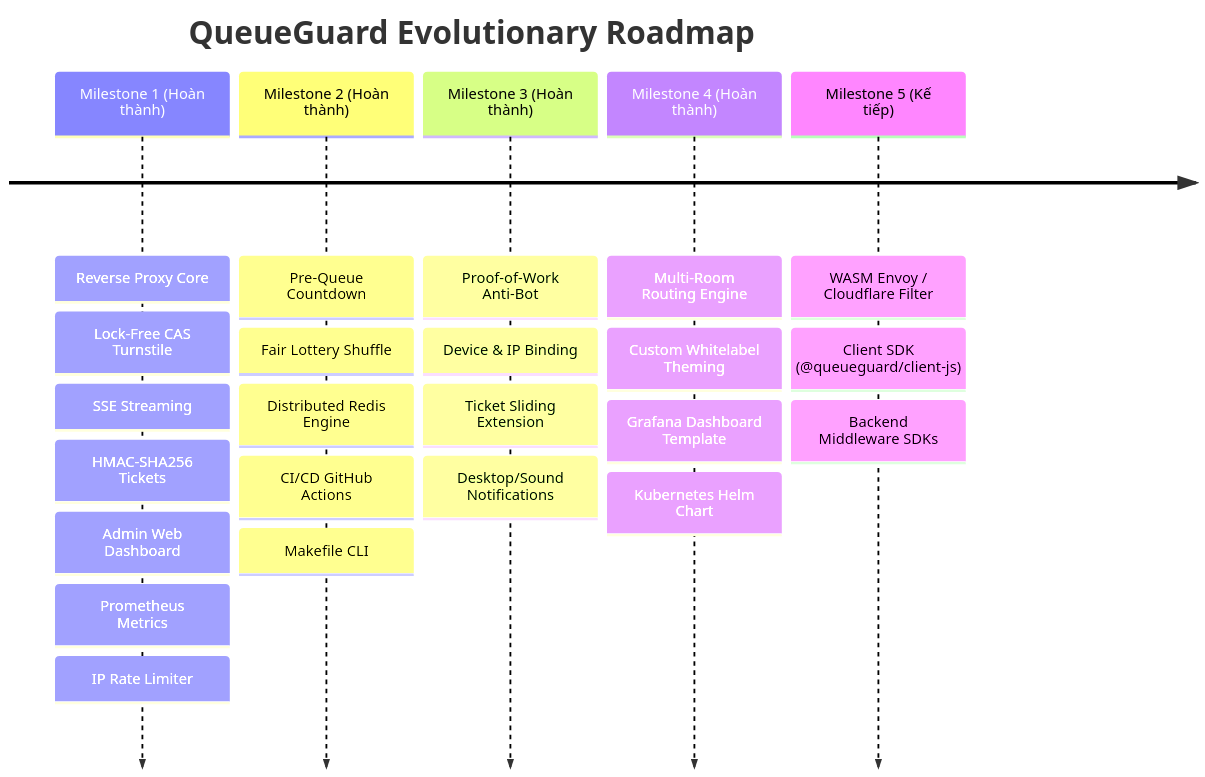
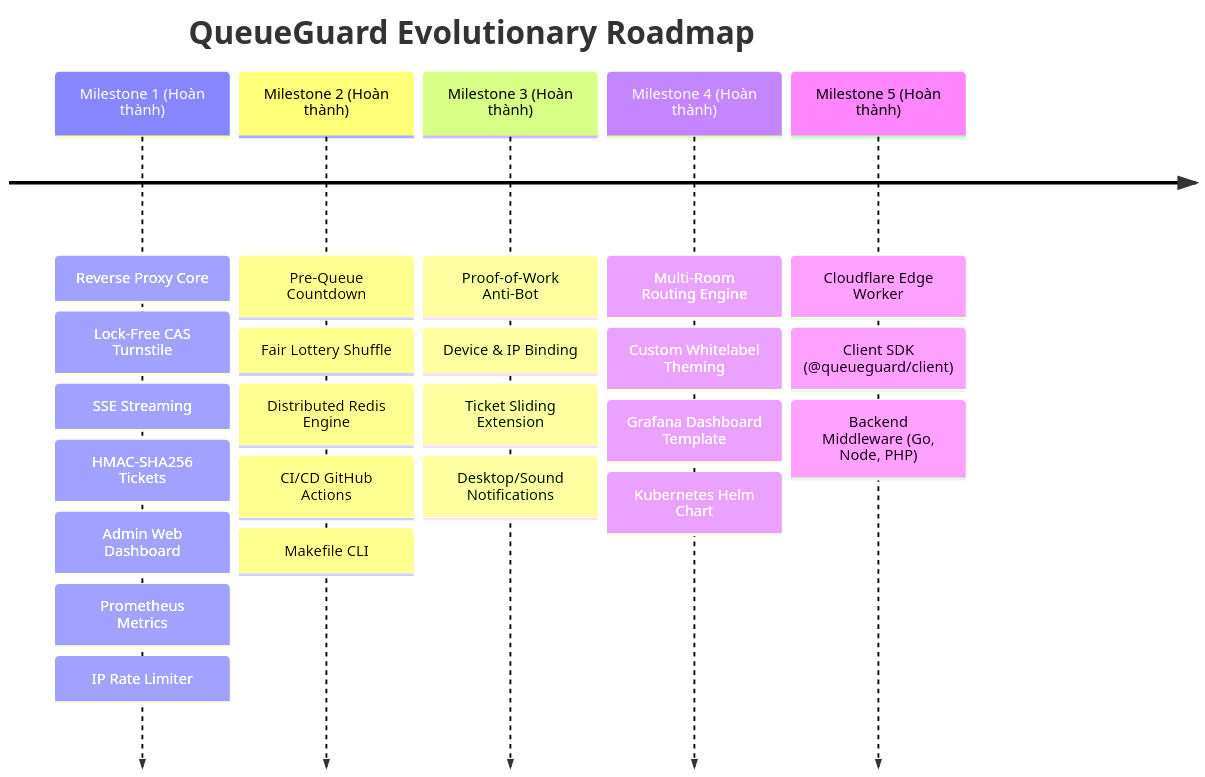
The diagram in develop.md (Loccao102/Queueguard), drawn with Mermaid before and after one commit. The commit also changed other lines of this file and 28 other files, not shown here.

Commit message:
feat: add cloudflare edge worker, client sdk, and backend middleware for go, node, php

````diff
--- a/develop.md
+++ b/develop.md
@@ -126,27 +126,27 @@
 ```mermaid
 timeline
     title QueueGuard Evolutionary Roadmap
     Milestone 1 (Hoàn thành) : Reverse Proxy Core
                              : Lock-Free CAS Turnstile
                              : SSE Streaming
                              : HMAC-SHA256 Tickets
                              : Admin Web Dashboard
                              : Prometheus Metrics
                              : IP Rate Limiter
     Milestone 2 (Hoàn thành) : Pre-Queue Countdown
                              : Fair Lottery Shuffle
                              : Distributed Redis Engine
                              : CI/CD GitHub Actions
                              : Makefile CLI
     Milestone 3 (Hoàn thành) : Proof-of-Work Anti-Bot
                              : Device & IP Binding
                              : Ticket Sliding Extension
                              : Desktop/Sound Notifications
     Milestone 4 (Hoàn thành) : Multi-Room Routing Engine
                              : Custom Whitelabel Theming
                              : Grafana Dashboard Template
                              : Kubernetes Helm Chart
-    Milestone 5 (Kế tiếp)    : WASM Envoy / Cloudflare Filter
-                             : Client SDK (@queueguard/client-js)
-                             : Backend Middleware SDKs
+    Milestone 5 (Hoàn thành) : Cloudflare Edge Worker
+                             : Client SDK (@queueguard/client)
+                             : Backend Middleware (Go, Node, PHP)
 ```
````
